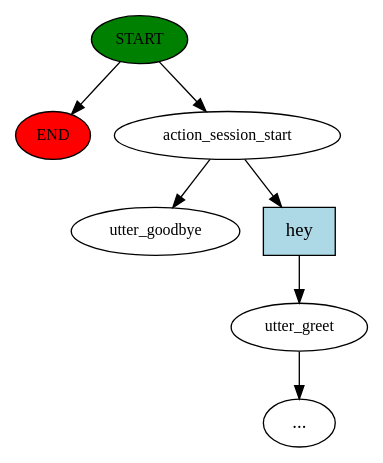
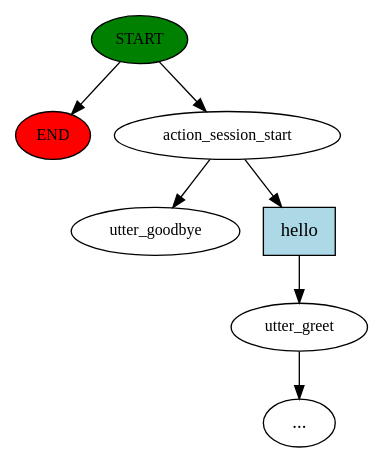
The diagram in story_graph.dot (geetakumri/Foodie_Chatbot), drawn with Graphviz before and after one commit. The commit also changed 5 other files, not shown here.

```diff
--- a/story_graph.dot
+++ b/story_graph.dot
@@ -1,15 +1,15 @@
 digraph  {
 0 [class="start active", fillcolor=green, fontsize=12, label=START, style=filled];
 "-1" [class=end, fillcolor=red, fontsize=12, label=END, style=filled];
 1 [class=active, fontsize=12, label=action_session_start];
 2 [class="", fontsize=12, label=utter_greet];
 "-3" [class=ellipsis, label="..."];
 4 [class="dashed active", fontsize=12, label=utter_goodbye];
-5 [class=intent, fillcolor=lightblue, label=hey, shape=rect, style=filled];
+5 [class=intent, fillcolor=lightblue, label=hello, shape=rect, style=filled];
 0 -> "-1"  [class="", key=NONE, label=""];
 0 -> 1  [class=active, key=NONE, label=""];
 1 -> 4  [class=active, key=NONE, label=""];
 1 -> 5  [class="", key=0];
 2 -> "-3"  [class="", key=NONE, label=""];
 5 -> 2  [class="", key=0];
 }
```
